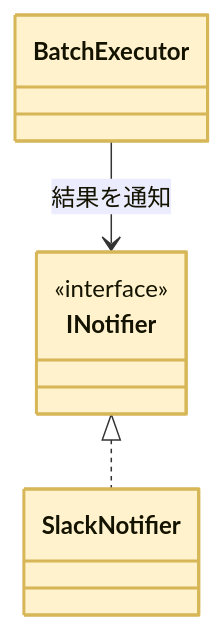
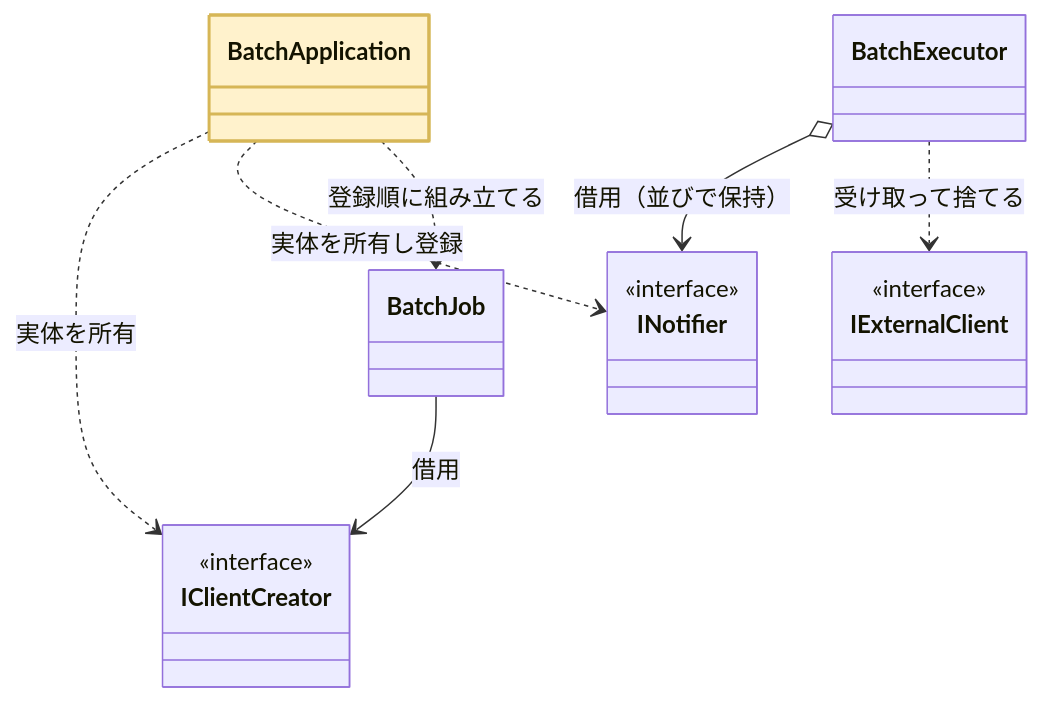
The tenth of 16 diagrams in kindle/design-patterns/output/chapter10.md (kumachan1101-pixel/DesignPattern), drawn with Mermaid before and after one commit. The commit also changed other lines of this file, not shown here.

````diff
--- a/kindle/design-patterns/output/chapter10.md
+++ b/kindle/design-patterns/output/chapter10.md
@@ -1594,12 +2013,17 @@
 ```mermaid
 classDiagram
+    class BatchApplication
     class BatchExecutor
+    class BatchJob
+    class IClientCreator { <<interface>> }
     class INotifier { <<interface>> }
-    class SlackNotifier
-    BatchExecutor --> INotifier : 結果を通知
-    INotifier <|.. SlackNotifier
-    class BatchExecutor:::focus
-    class INotifier:::focus
-    class SlackNotifier:::focus
+    class IExternalClient { <<interface>> }
+    BatchApplication ..> IClientCreator : 実体を所有
+    BatchApplication ..> INotifier : 実体を所有し登録
+    BatchApplication ..> BatchJob : 登録順に組み立てる
+    BatchJob --> IClientCreator : 借用
+    BatchExecutor o--> INotifier : 借用（並びで保持）
+    BatchExecutor ..> IExternalClient : 受け取って捨てる
+    class BatchApplication:::focus
     classDef focus fill:#FFF2CC,stroke:#D6B656,stroke-width:2px
 ```
````
